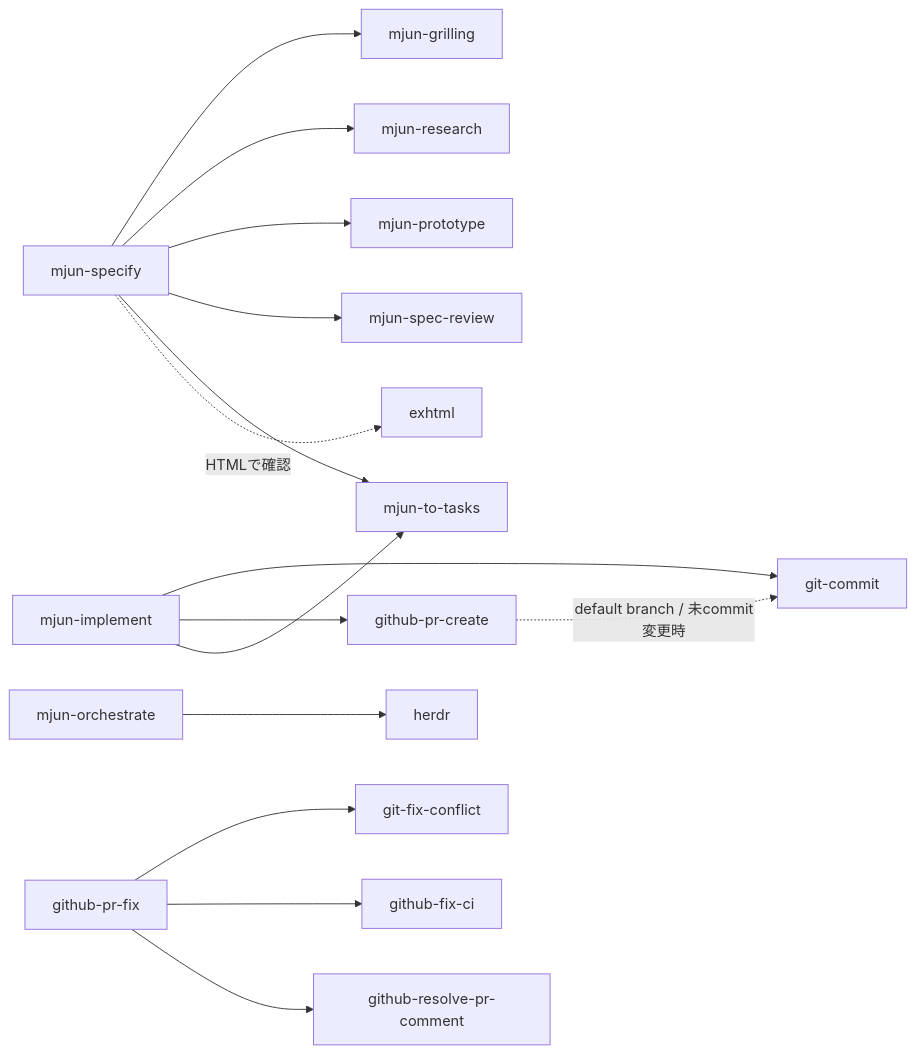
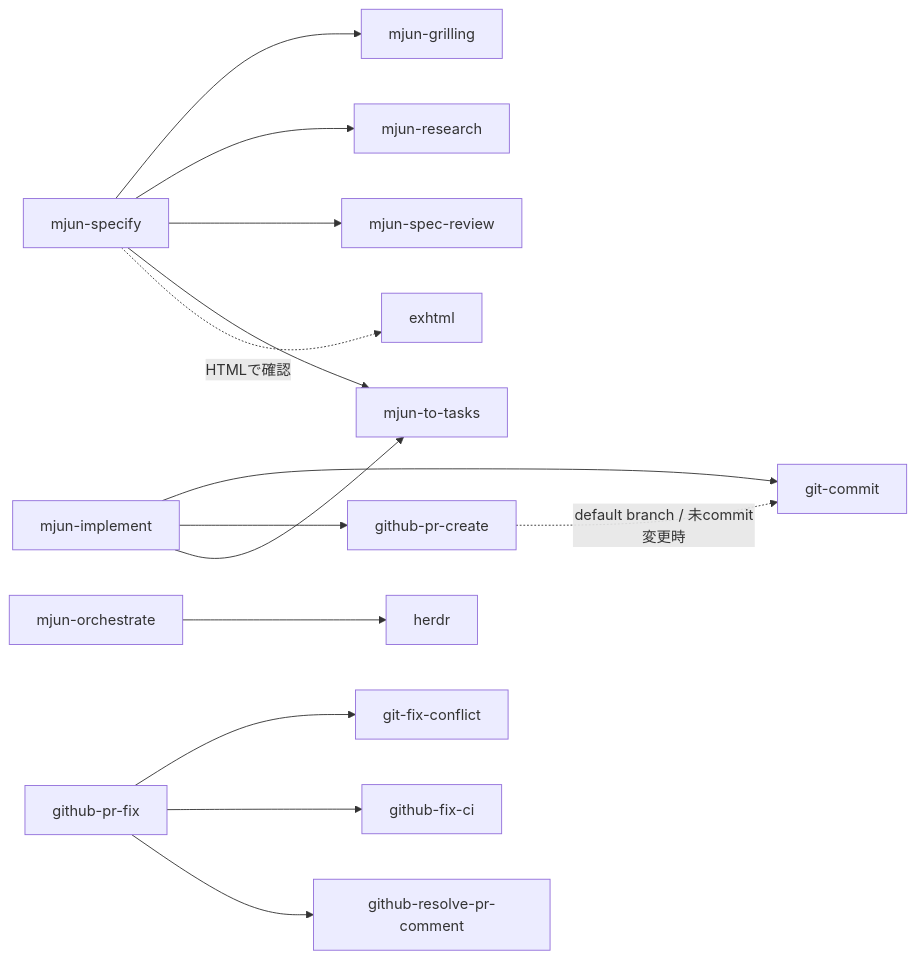
The diagram in doc/skills_ja.md (mjun0812/dotfiles), drawn with Mermaid before and after one commit. The commit also changed other lines of this file and 9 other files, not shown here.

First line of the commit message:
refactor: remove mjun-status and fold mjun-prototype into mjun-specify

````diff
--- a/doc/skills_ja.md
+++ b/doc/skills_ja.md
@@ -134,21 +132,20 @@
 ```mermaid
 graph LR
     github-pr-create -. default branch / 未commit変更時 .-> git-commit
 
     mjun-specify --> mjun-grilling
     mjun-specify --> mjun-research
-    mjun-specify --> mjun-prototype
     mjun-specify --> mjun-spec-review
     mjun-specify --> mjun-to-tasks
     mjun-specify -. HTMLで確認 .-> exhtml
 
     mjun-implement --> git-commit
     mjun-implement --> github-pr-create
     mjun-implement --> mjun-to-tasks
 
     mjun-orchestrate --> herdr
 
     github-pr-fix --> git-fix-conflict
     github-pr-fix --> github-fix-ci
     github-pr-fix --> github-resolve-pr-comment
 ```
````
